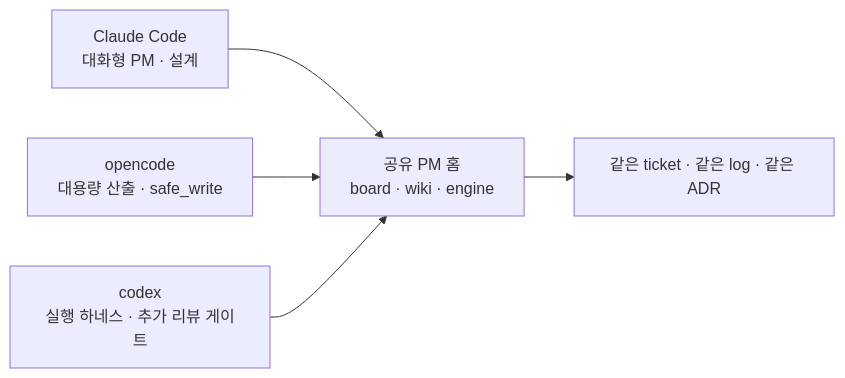
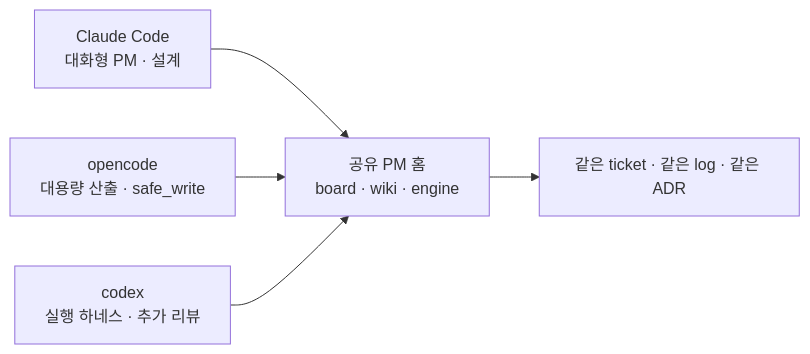
Diagram 11 of 12 in README.md (sumin-ahn/project_manager), drawn with Mermaid before and after one commit. The commit also changed other lines of this file and 267 other files, not shown here.

````diff
--- a/README.md
+++ b/README.md
@@ -423,12 +423,12 @@
 ```mermaid
 flowchart LR
     Home["공유 PM 홈<br/>board · wiki · engine"]
     Claude["Claude Code<br/>대화형 PM · 설계"]
     OpenCode["opencode<br/>대용량 산출 · safe_write"]
-    Codex["codex<br/>실행 하네스 · 추가 리뷰 게이트"]
+    Codex["codex<br/>실행 하네스 · 추가 리뷰"]
 
     Claude --> Home
     OpenCode --> Home
     Codex --> Home
     Home --> Ticket["같은 ticket · 같은 log · 같은 ADR"]
 ```
````
